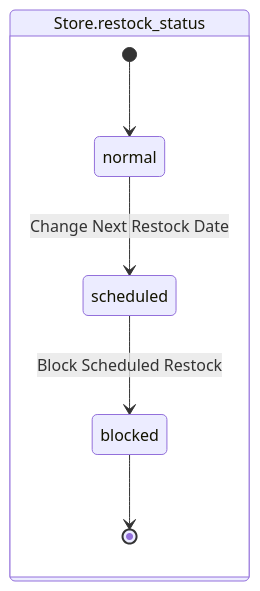
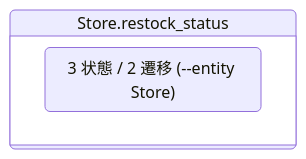
Before and after one commit to manji-0/rdra-ish-dsl: the third of 3 diagrams in samples/incremental-order/step-5-lifecycle/design.md, drawn with Mermaid. The commit also changed 33 other files, not shown here.

First line of the commit message:
feat(cli): draw state models per entity, index the whole model, colour findings

````diff
--- a/samples/incremental-order/step-5-lifecycle/design.md
+++ b/samples/incremental-order/step-5-lifecycle/design.md
@@ -160,17 +160,9 @@
 ```mermaid
 %% rdra-ish diagram=state scope=whole model=samples/incremental-order/step-5-lifecycle/src
-%% kinds: statemodel state usecase
+%% kinds: statemodel state
 %% omitted: (none)
 stateDiagram-v2
   state "Store.restock_status" as statemodel__Store_restock_status {
-    [*] --> state__Store_normal
-    state "normal" as state__Store_normal
-    state "scheduled" as state__Store_scheduled
-    state "blocked" as state__Store_blocked
-    %% transition usecase__ChangeNextRestockDate
-    state__Store_normal --> state__Store_scheduled : Change Next Restock Date
-    %% transition usecase__BlockScheduledRestock
-    state__Store_scheduled --> state__Store_blocked : Block Scheduled Restock
-    state__Store_blocked --> [*]
+    state "3 状態 / 2 遷移 (--entity Store)" as index__Store_restock_status
   }
 ```
````
